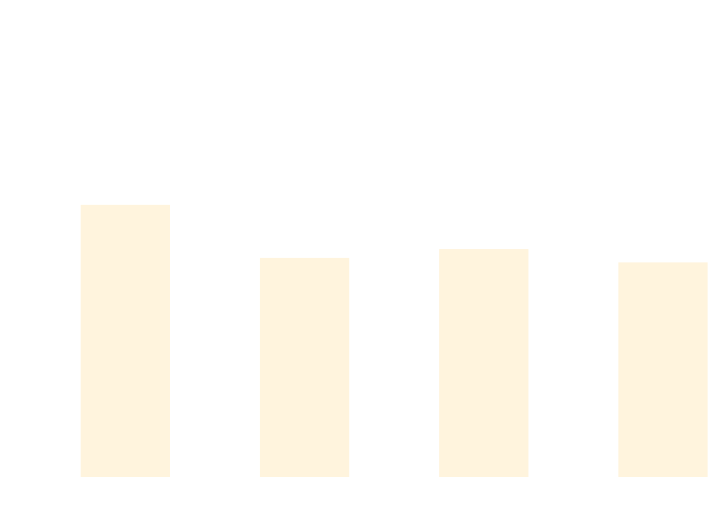
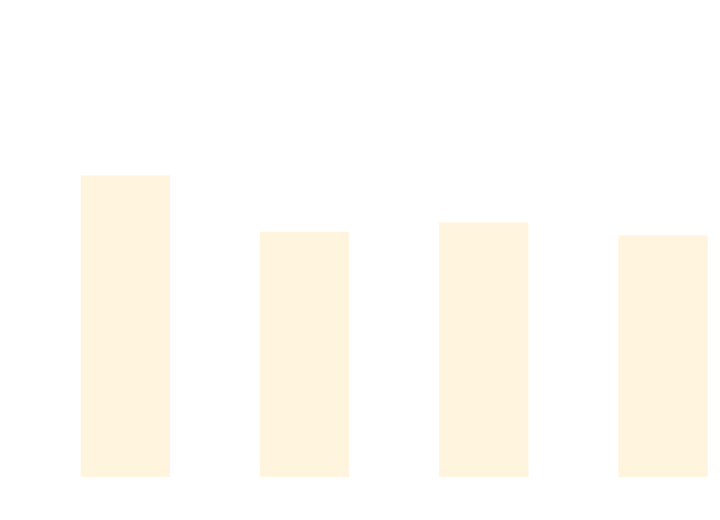
The diagram in docs/docs/benchmarks/BuildTime.md (thomhurst/TUnit), drawn with Mermaid before and after one commit. The commit also changed other lines of this file and 17 other files, not shown here.

````diff
--- a/docs/docs/benchmarks/BuildTime.md
+++ b/docs/docs/benchmarks/BuildTime.md
@@ -28,37 +28,37 @@
 ```mermaid
 %%{init: {
   'theme':'base',
   'themeVariables': {
     'primaryColor': '#2563eb',
     'primaryTextColor': '#ffffff',
     'primaryBorderColor': '#1e40af',
     'lineColor': '#6b7280',
     'secondaryColor': '#7c3aed',
     'tertiaryColor': '#dc2626',
     'background': '#ffffff',
     'mainBkg': '#2563eb',
     'secondBkg': '#7c3aed',
     'tertiaryBkg': '#dc2626',
     'clusterBkg': '#f3f4f6',
     'edgeLabelBackground': '#ffffff',
     'tertiaryTextColor': '#1f2937',
     'pie1': '#2563eb',
     'pie2': '#7c3aed',
     'pie3': '#dc2626',
     'pie4': '#f59e0b',
     'pie5': '#10b981',
     'pie6': '#06b6d4',
     'pie7': '#ec4899',
     'pie8': '#6366f1',
     'pie9': '#84cc16',
     'pie10': '#f97316',
     'pie11': '#14b8a6',
     'pie12': '#a855f7'
   }
 }}%%
 xychart-beta
   title "Build Time Comparison"
   x-axis ["Build_TUnit", "Build_NUnit", "Build_MSTest", "Build_xUnit3"]
   y-axis "Time (s)" 0 --> 3
-  bar [1.947, 1.556, 1.621, 1.523]
+  bar [2.164, 1.749, 1.818, 1.722]
 ```
````
